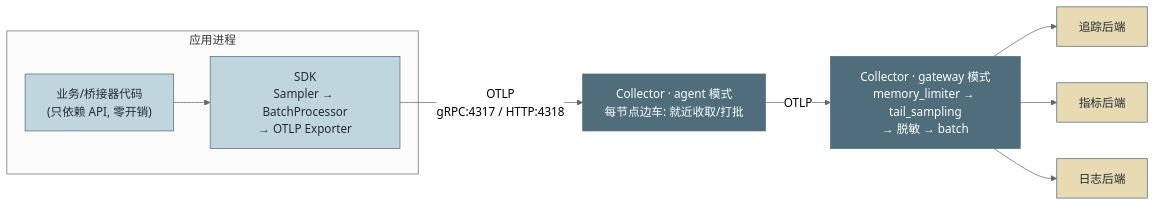
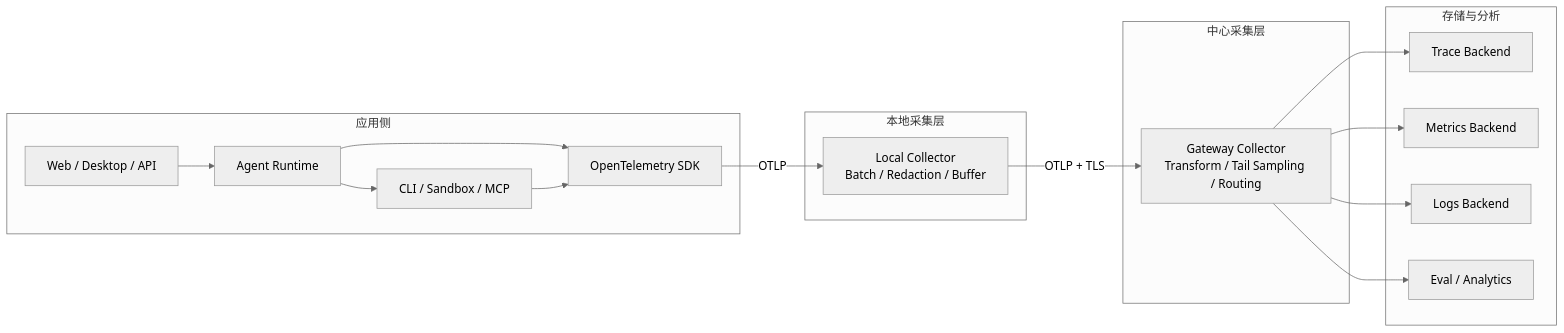
Before and after one commit to cdavid817/agent-book: diagram 13 of 13 in 附录/附录G-OpenTelemetry详解.md, drawn with Mermaid (neutral theme). The commit also changed other lines of this file and 5 other files, not shown here.

````diff
--- a/附录/附录G-OpenTelemetry详解.md
+++ b/附录/附录G-OpenTelemetry详解.md
@@ -264,18 +3886,35 @@
 ```mermaid
-graph LR
-    subgraph APP["应用进程"]
-        CODE["业务/桥接器代码<br/>(只依赖 API, 零开销)"] --> SDK["SDK<br/>Sampler → BatchProcessor<br/>→ OTLP Exporter"]
+flowchart LR
+    subgraph Client["应用侧"]
+        UI["Web / Desktop / API"]
+        RT["Agent Runtime"]
+        CLI["CLI / Sandbox / MCP"]
+        SDK["OpenTelemetry SDK"]
+        UI --> RT
+        RT --> CLI
+        RT --> SDK
+        CLI --> SDK
     end
-    SDK -->|"OTLP<br/>gRPC:4317 / HTTP:4318"| AG["Collector · agent 模式<br/>每节点边车: 就近收取/打批"]
-    AG -->|"OTLP"| GW["Collector · gateway 模式<br/>memory_limiter → tail_sampling<br/>→ 脱敏 → batch"]
-    GW --> T["追踪后端"]
-    GW --> M["指标后端"]
-    GW --> L["日志后端"]
 
-    classDef app fill:#C0D6DF,stroke:#4F6D7A,color:#1f2d33
-    classDef col fill:#4F6D7A,stroke:#4F6D7A,color:#fff
-    classDef be fill:#E8DAB2,stroke:#4F6D7A,color:#1f2d33
-    class CODE,SDK app
-    class AG,GW col
-    class T,M,L be
+    subgraph Local["本地采集层"]
+        LC["Local Collector<br/>Batch / Redaction / Buffer"]
+    end
+
+    subgraph Gateway["中心采集层"]
+        GC["Gateway Collector<br/>Transform / Tail Sampling / Routing"]
+    end
+
+    subgraph Backend["存储与分析"]
+        T["Trace Backend"]
+        M["Metrics Backend"]
+        L["Logs Backend"]
+        E["Eval / Analytics"]
+    end
+
+    SDK -->|"OTLP"| LC
+    LC -->|"OTLP + TLS"| GC
+    GC --> T
+    GC --> M
+    GC --> L
+    GC --> E
 ```
````
